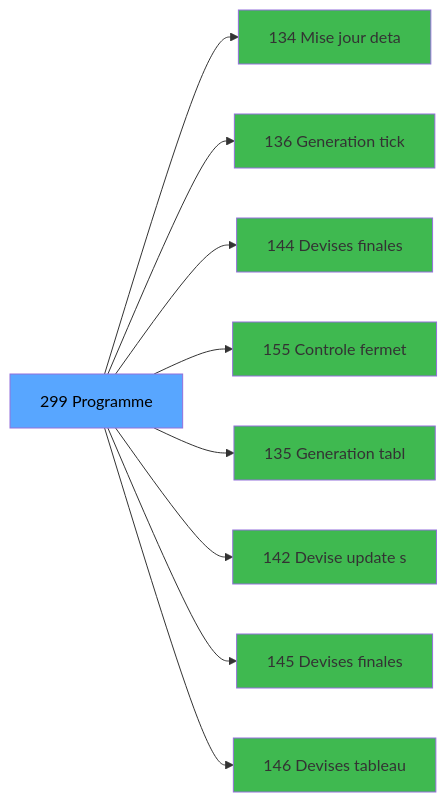
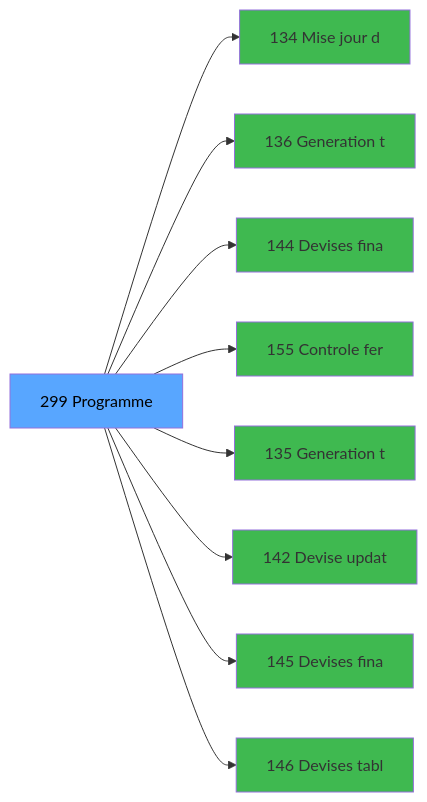
One commit to thonyAGP/magic-migration changed the third of 3 diagrams in .openspec/specs/ADH-IDE-299.md. Above: the diagram before and after it, drawn with Mermaid. The commit also changed other lines of this file and 323 other files, not shown here.

````diff
--- a/.openspec/specs/ADH-IDE-299.md
+++ b/.openspec/specs/ADH-IDE-299.md
@@ -121,29 +137,29 @@
 ```mermaid
 graph LR
     T[299 Programme]
-    C134[134 Mise  jour deta]
+    C134[134 Mise  jour d]
     T --> C134
-    C136[136 Generation tick]
+    C136[136 Generation t]
     T --> C136
-    C144[144 Devises finales]
+    C144[144 Devises fina]
     T --> C144
-    C155[155 Controle fermet]
+    C155[155 Controle fer]
     T --> C155
-    C135[135 Generation tabl]
+    C135[135 Generation t]
     T --> C135
-    C142[142 Devise update s]
+    C142[142 Devise updat]
     T --> C142
-    C145[145 Devises finales]
+    C145[145 Devises fina]
     T --> C145
-    C146[146 Devises tableau]
+    C146[146 Devises tabl]
     T --> C146
     style T fill:#58a6ff,color:#000
     style C134 fill:#3fb950
     style C136 fill:#3fb950
     style C144 fill:#3fb950
     style C155 fill:#3fb950
     style C135 fill:#3fb950
     style C142 fill:#3fb950
     style C145 fill:#3fb950
     style C146 fill:#3fb950
 ```
````
